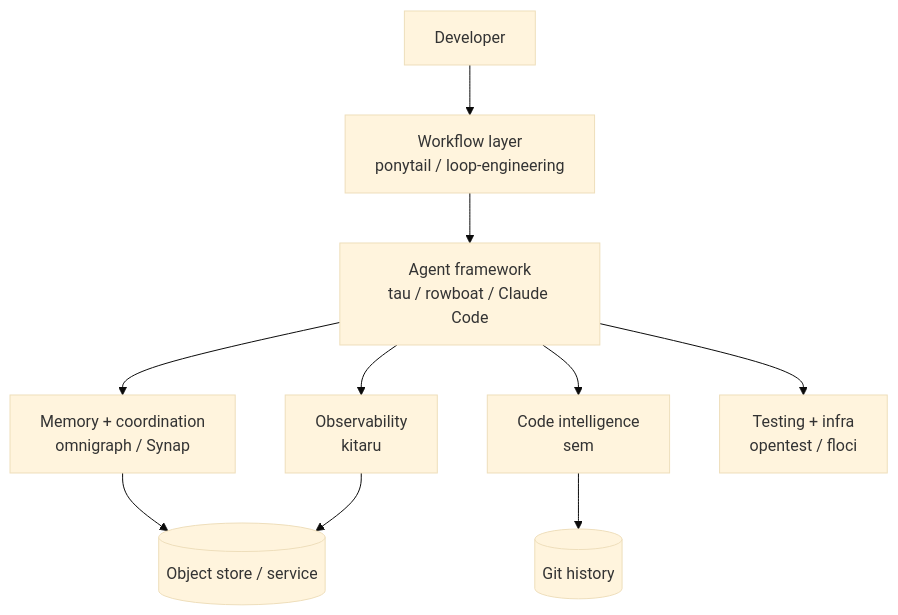
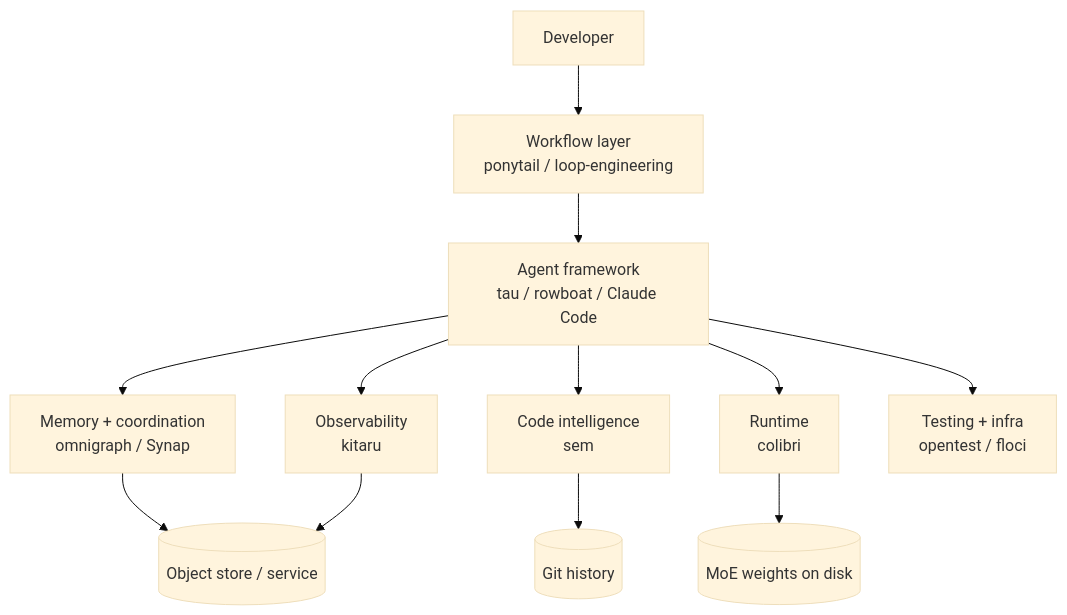
The diagram in src/content/blog/interesting_things_july_2026.md (locchh/blogs), drawn with Mermaid (base theme) before and after one commit. The commit also changed other lines of this file, not shown here.

First line of the commit message:
docs(blog): rewrite July post in listing style, add colibri

````diff
--- a/src/content/blog/interesting_things_july_2026.md
+++ b/src/content/blog/interesting_things_july_2026.md
@@ -152,13 +87,15 @@
 ```mermaid
 graph TD
     User[Developer]
     User --> WF[Workflow layer<br/>ponytail / loop-engineering]
     WF --> Agent[Agent framework<br/>tau / rowboat / Claude Code]
     Agent --> Mem[Memory + coordination<br/>omnigraph / Synap]
     Agent --> Code[Code intelligence<br/>sem]
     Agent --> Obs[Observability<br/>kitaru]
+    Agent --> Run[Runtime<br/>colibri]
     Agent --> Test[Testing + infra<br/>opentest / floci]
     Code --> Git[(Git history)]
     Mem --> Store[(Object store / service)]
     Obs --> Store
+    Run --> Weights[(MoE weights on disk)]
 ```
````
